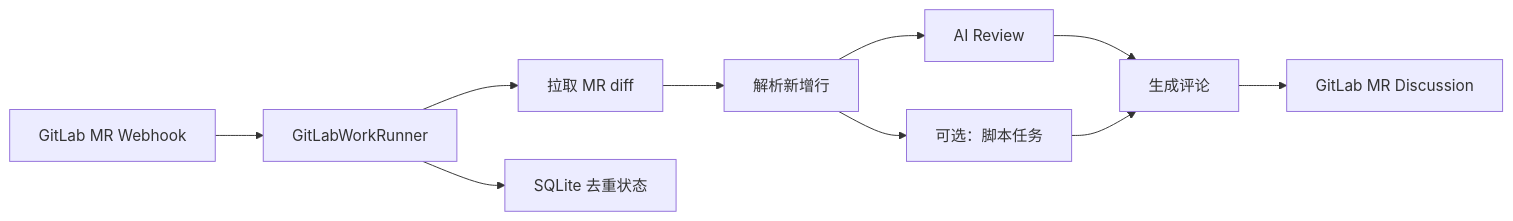
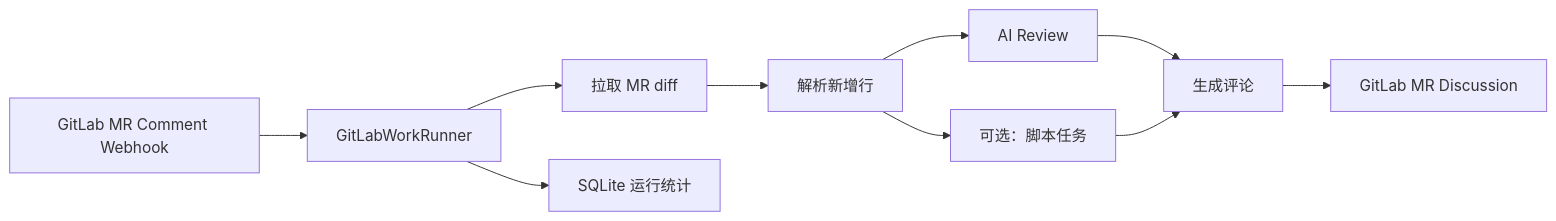
One commit to SwartzMss/GitLabWorkRunner changed the first of 2 diagrams in README.md. Above: the diagram before and after it, drawn with Mermaid. The commit also changed other lines of this file and 12 other files, not shown here.

````diff
--- a/README.md
+++ b/README.md
@@ -11,12 +11,12 @@
 ```mermaid
 flowchart LR
-    A["GitLab MR Webhook"] --> B["GitLabWorkRunner"]
+    A["GitLab MR Comment Webhook"] --> B["GitLabWorkRunner"]
     B --> C["拉取 MR diff"]
     C --> D["解析新增行"]
     D --> F["AI Review"]
     D --> E["可选：脚本任务"]
     F --> H["生成评论"]
     E --> H
     H --> I["GitLab MR Discussion"]
-    B --> J["SQLite 去重状态"]
+    B --> J["SQLite 运行统计"]
 ```
````
